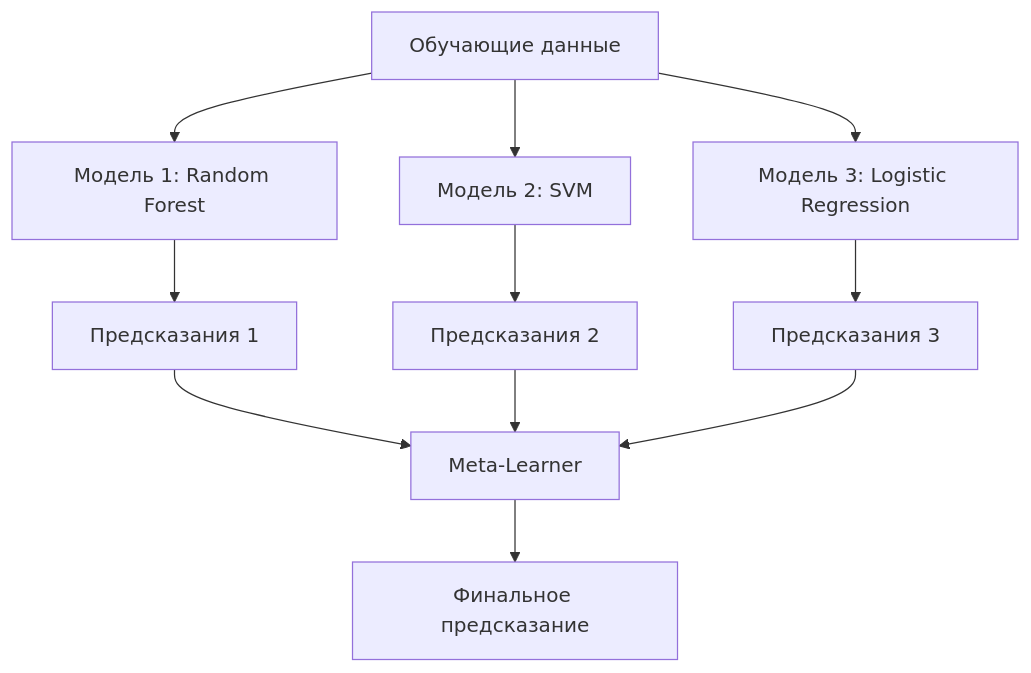
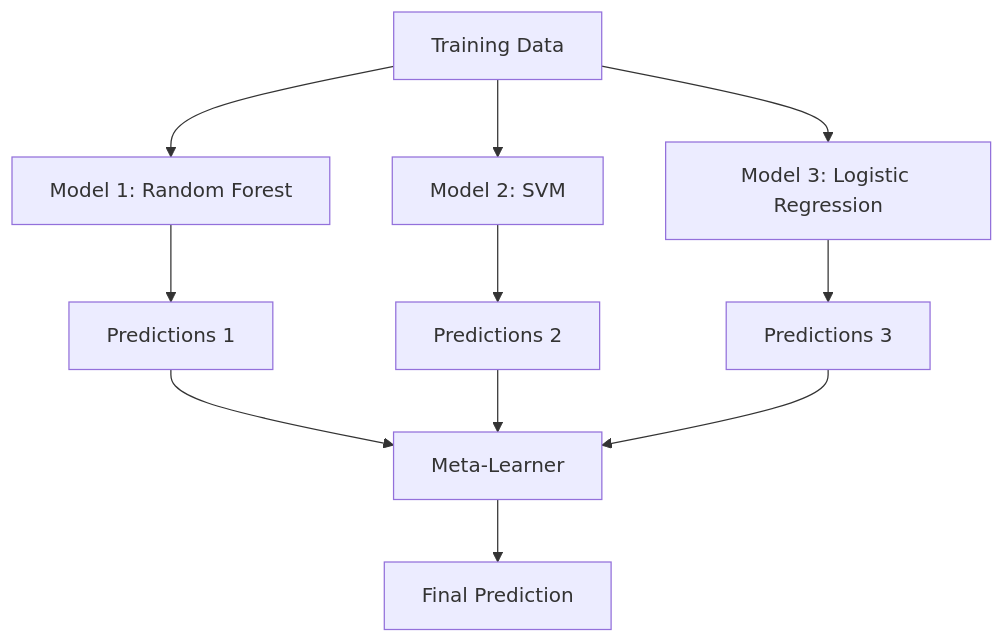
One commit to stabuev/ai-engineering-from-scratch changed the third of 3 diagrams in phases/02-ml-fundamentals/11-ensemble-methods/docs/ru.md. Above: the diagram before and after it, drawn with Mermaid. The commit also changed other lines of this file and 182 other files, not shown here.

````diff
--- a/phases/02-ml-fundamentals/11-ensemble-methods/docs/ru.md
+++ b/phases/02-ml-fundamentals/11-ensemble-methods/docs/ru.md
@@ -156,16 +156,16 @@
 ```mermaid
 flowchart TD
-    D[Обучающие данные] --> M1[Модель 1: Random Forest]
-    D --> M2[Модель 2: SVM]
-    D --> M3[Модель 3: Logistic Regression]
+    D[Training Data] --> M1[Model 1: Random Forest]
+    D --> M2[Model 2: SVM]
+    D --> M3[Model 3: Logistic Regression]
 
-    M1 --> P1[Предсказания 1]
-    M2 --> P2[Предсказания 2]
-    M3 --> P3[Предсказания 3]
+    M1 --> P1[Predictions 1]
+    M2 --> P2[Predictions 2]
+    M3 --> P3[Predictions 3]
 
     P1 --> META[Meta-Learner]
     P2 --> META
     P3 --> META
 
-    META --> F[Финальное предсказание]
+    META --> F[Final Prediction]
 ```
````
